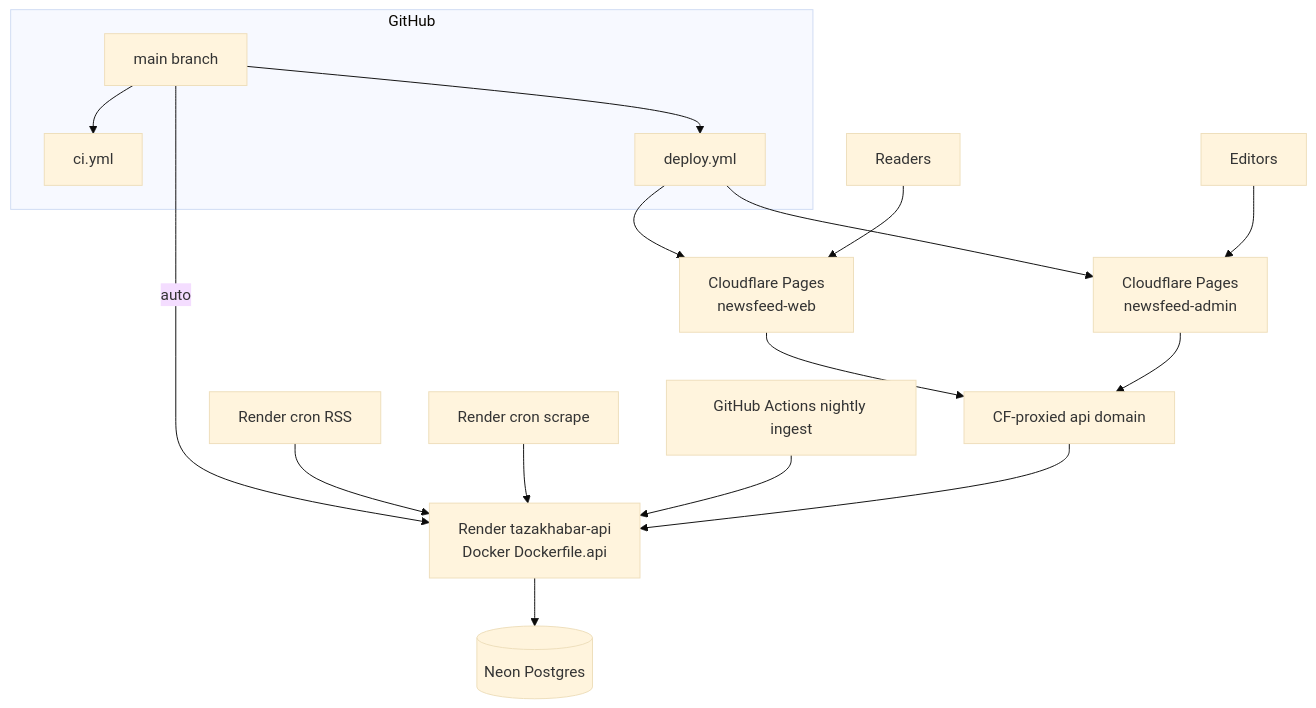
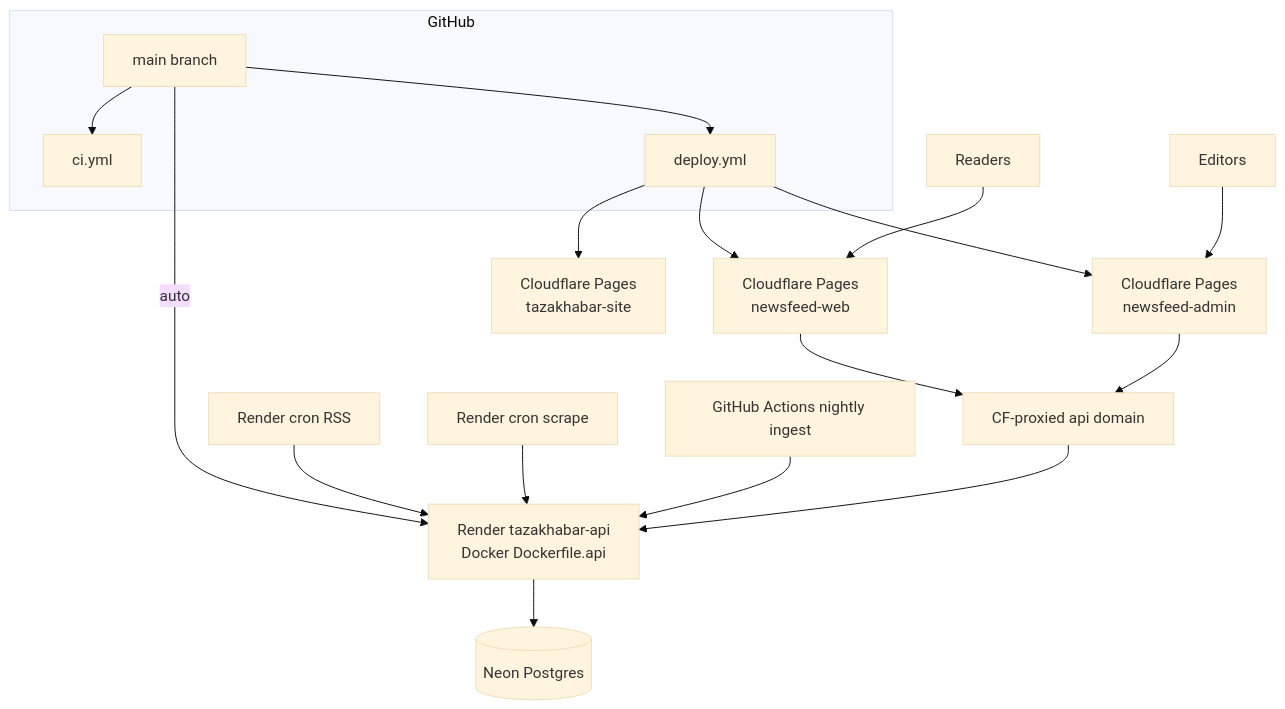
One commit to sshivanshg/TAZAkhabar changed the diagram in docs/architecture/08-hosting-and-ci.md. Above: the diagram before and after it, drawn with Mermaid (base theme). The commit also changed other lines of this file and 41 other files, not shown here.

````diff
--- a/docs/architecture/08-hosting-and-ci.md
+++ b/docs/architecture/08-hosting-and-ci.md
@@ -17,23 +17,24 @@
 ```mermaid
 flowchart TB
   subgraph gh [GitHub]
     Main[main branch]
     CI[ci.yml]
     Deploy[deploy.yml]
   end
 
   Main --> CI
   Main -->|auto| Render[Render tazakhabar-api<br/>Docker Dockerfile.api]
   Main --> Deploy
   Deploy --> PagesWeb[Cloudflare Pages<br/>newsfeed-web]
+  Deploy --> PagesSite[Cloudflare Pages<br/>tazakhabar-site]
   Deploy --> PagesAdmin[Cloudflare Pages<br/>newsfeed-admin]
   Render --> Neon[(Neon Postgres)]
   CronRSS[Render cron RSS] --> Render
   CronScrape[Render cron scrape] --> Render
   CronDaily[GitHub Actions nightly ingest] --> Render
   Readers[Readers] --> PagesWeb
   Editors[Editors] --> PagesAdmin
   PagesWeb --> CFAPI[CF-proxied api domain]
   PagesAdmin --> CFAPI
   CFAPI --> Render
 ```
````
